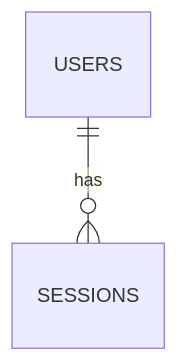
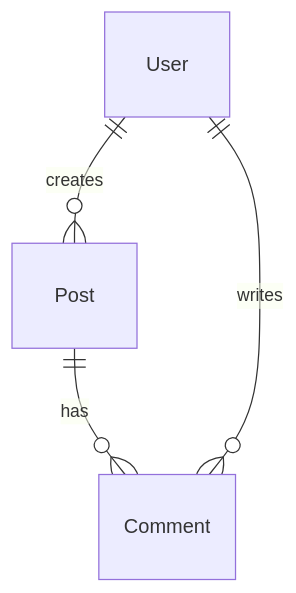
One commit to halfeng202602/halfengineer-sdd-lab changed the second of 3 diagrams in specs/_templates/design-template.md. Above: the diagram before and after it, drawn with Mermaid. The commit also changed other lines of this file and 34 other files, not shown here.

````diff
--- a/specs/_templates/design-template.md
+++ b/specs/_templates/design-template.md
@@ -68,4 +57,6 @@
 ```mermaid
 erDiagram
-    USERS ||--o{ SESSIONS : has
+    User ||--o{ Post : creates
+    Post ||--o{ Comment : has
+    User ||--o{ Comment : writes
 ```
````
